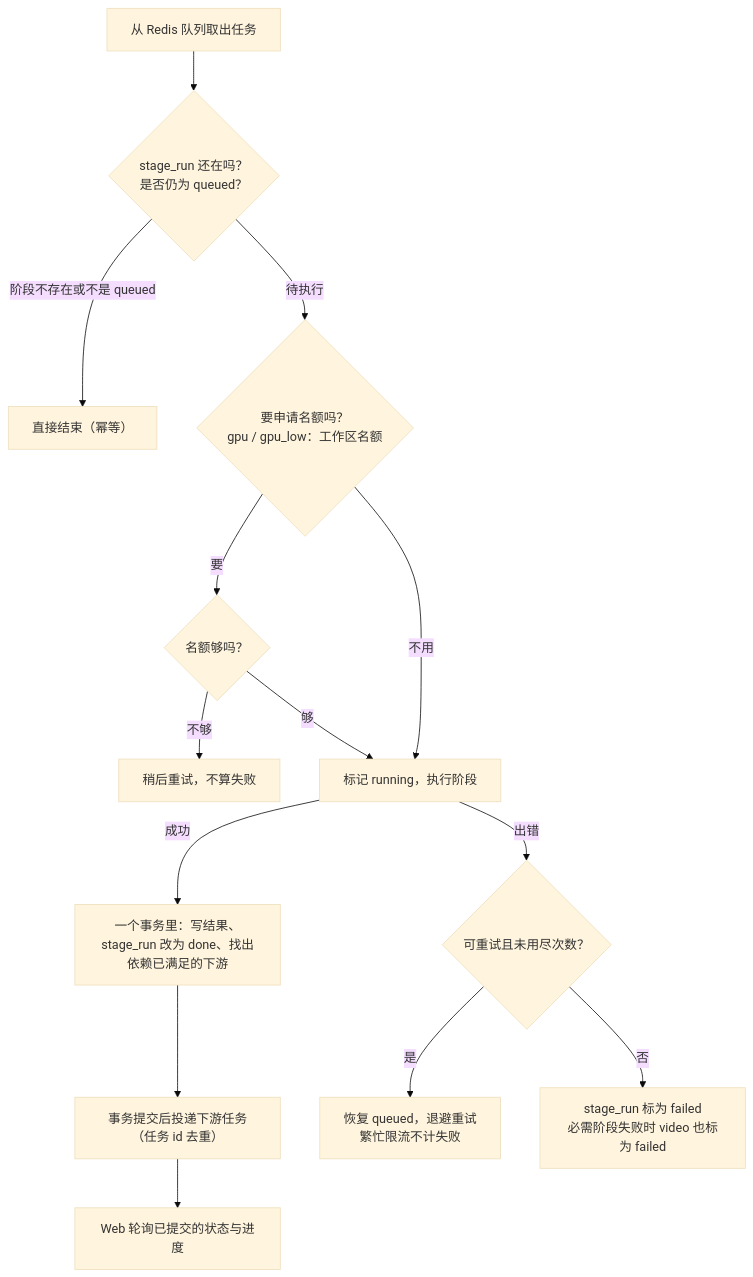
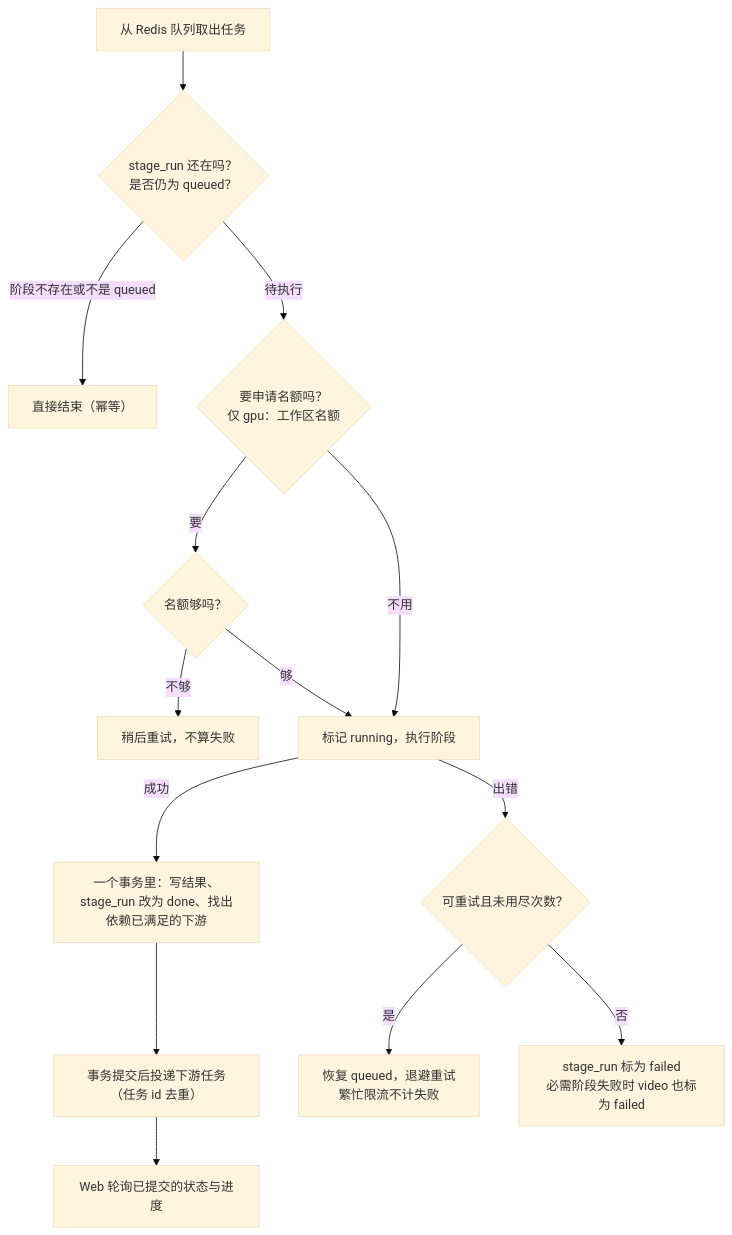
One commit to realOzine/videohelper changed the ninth of 19 diagrams in docs/design.md. Above: the diagram before and after it, drawn with Mermaid (base theme). The commit also changed other lines of this file, not shown here.

````diff
--- a/docs/design.md
+++ b/docs/design.md
@@ -471,16 +471,16 @@
 ```mermaid
 flowchart TD
   Q["从 Redis 队列取出任务"] --> L{"stage_run 还在吗？<br/>是否仍为 queued？"}
   L -->|"阶段不存在或不是 queued"| OK["直接结束（幂等）"]
-  L -->|"待执行"| G{"要申请名额吗？<br/>gpu / gpu_low：工作区名额"}
+  L -->|"待执行"| G{"要申请名额吗？<br/>仅 gpu：工作区名额"}
   G -->|"要"| T{"名额够吗？"}
   T -->|"不够"| D["稍后重试，不算失败"]
   T -->|"够"| RUN
   G -->|"不用"| RUN["标记 running，执行阶段"]
   RUN -->|"成功"| TX["一个事务里：写结果、stage_run 改为 done、找出依赖已满足的下游"]
   TX --> EN["事务提交后投递下游任务（任务 id 去重）"]
   EN --> PUB["Web 轮询已提交的状态与进度"]
   RUN -->|"出错"| RT{"可重试且未用尽次数？"}
   RT -->|"是"| BK["恢复 queued，退避重试<br/>繁忙限流不计失败"]
   RT -->|"否"| AR["stage_run 标为 failed<br/>必需阶段失败时 video 也标为 failed"]
 ```
````
